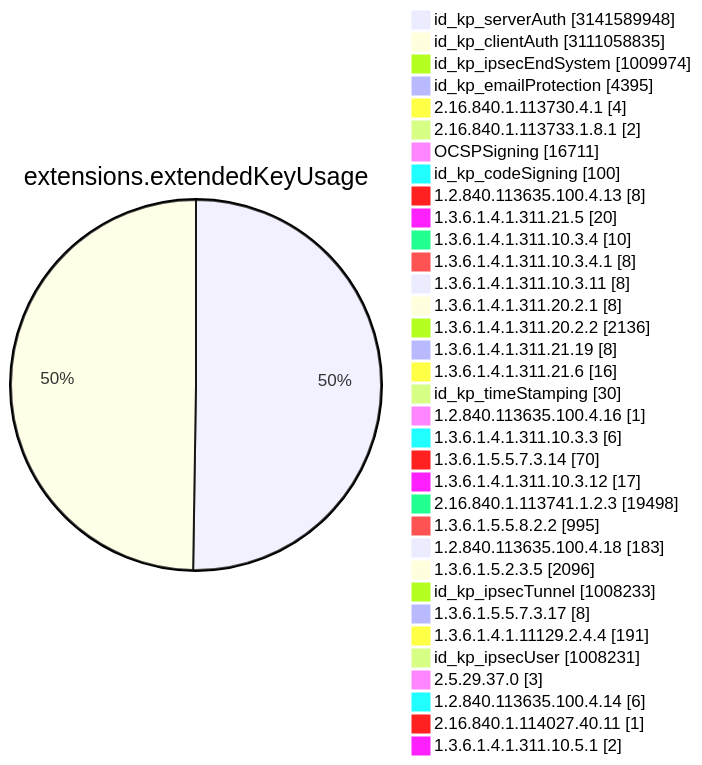
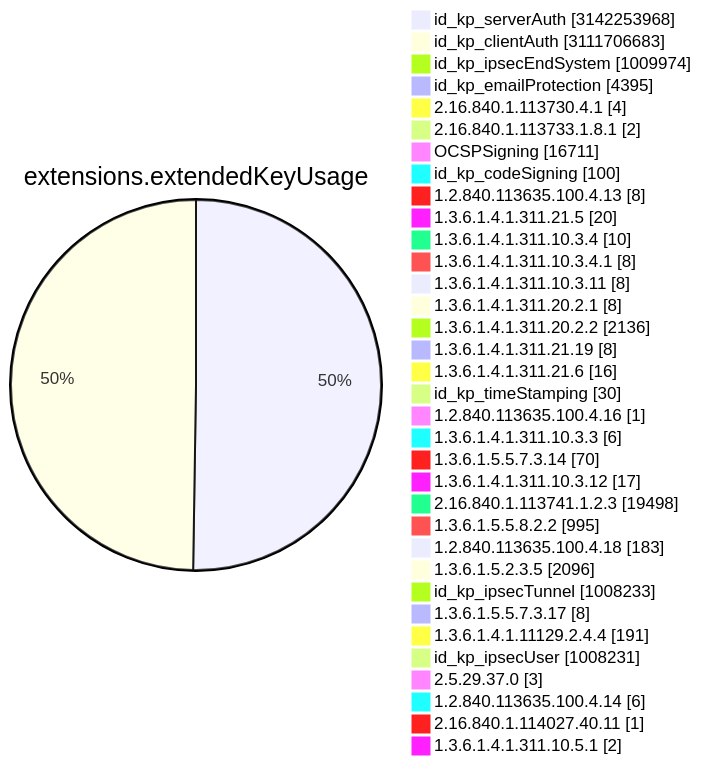
Before and after one commit to christiankrug/ctmonitor_visualization: diagram 11 of 15 in TOTAL/README.md, drawn with Mermaid. The commit also changed other lines of this file, not shown here.

````diff
--- a/TOTAL/README.md
+++ b/TOTAL/README.md
@@ -4119,38 +4119,38 @@
 ```mermaid
 pie showData
 title extensions.extendedKeyUsage
-"id_kp_serverAuth" :3141589948
-"id_kp_clientAuth" :3111058835
+"id_kp_serverAuth" :3142253968
+"id_kp_clientAuth" :3111706683
 "id_kp_ipsecEndSystem" :1009974
 "id_kp_emailProtection" :4395
 "2.16.840.1.113730.4.1" :4
 "2.16.840.1.113733.1.8.1" :2
 "OCSPSigning" :16711
 "id_kp_codeSigning" :100
 "1.2.840.113635.100.4.13" :8
 "1.3.6.1.4.1.311.21.5" :20
 "1.3.6.1.4.1.311.10.3.4" :10
 "1.3.6.1.4.1.311.10.3.4.1" :8
 "1.3.6.1.4.1.311.10.3.11" :8
 "1.3.6.1.4.1.311.20.2.1" :8
 "1.3.6.1.4.1.311.20.2.2" :2136
 "1.3.6.1.4.1.311.21.19" :8
 "1.3.6.1.4.1.311.21.6" :16
 "id_kp_timeStamping" :30
 "1.2.840.113635.100.4.16" :1
 "1.3.6.1.4.1.311.10.3.3" :6
 "1.3.6.1.5.5.7.3.14" :70
 "1.3.6.1.4.1.311.10.3.12" :17
 "2.16.840.1.113741.1.2.3" :19498
 "1.3.6.1.5.5.8.2.2" :995
 "1.2.840.113635.100.4.18" :183
 "1.3.6.1.5.2.3.5" :2096
 "id_kp_ipsecTunnel" :1008233
 "1.3.6.1.5.5.7.3.17" :8
 "1.3.6.1.4.1.11129.2.4.4" :191
 "id_kp_ipsecUser" :1008231
 "2.5.29.37.0" :3
 "1.2.840.113635.100.4.14" :6
 "2.16.840.1.114027.40.11" :1
 "1.3.6.1.4.1.311.10.5.1" :2
 ```
````
